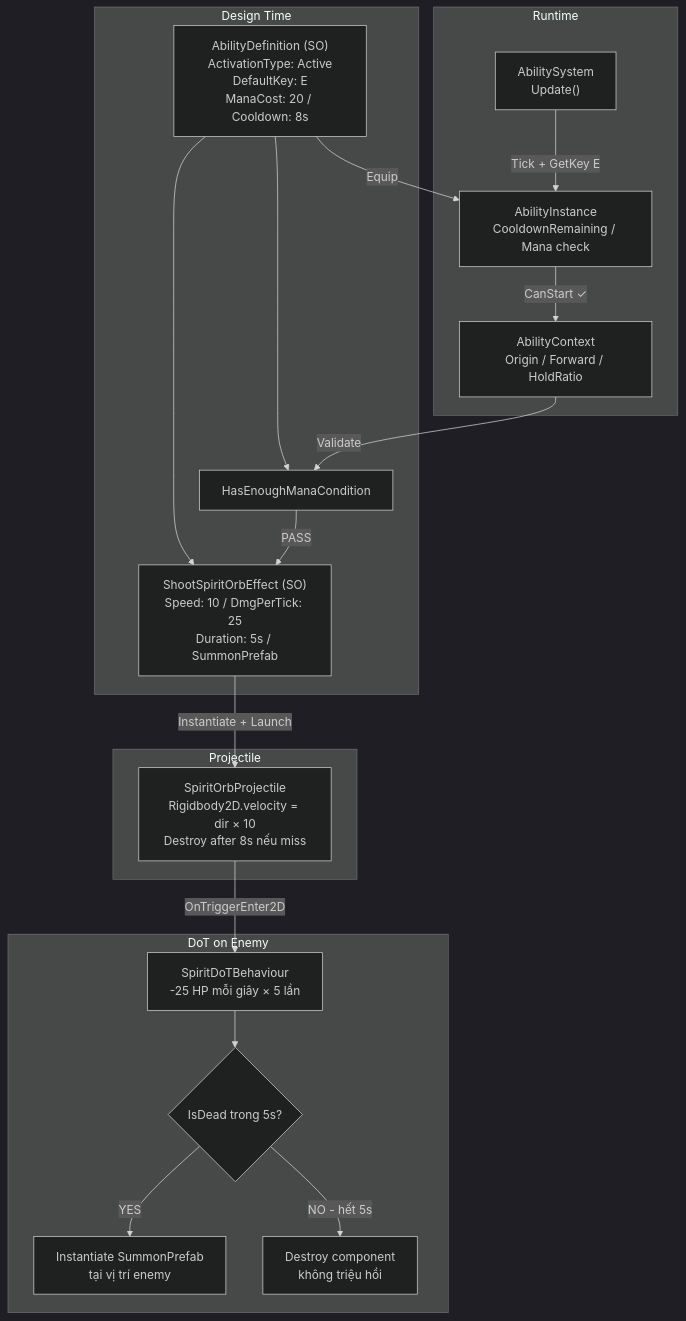
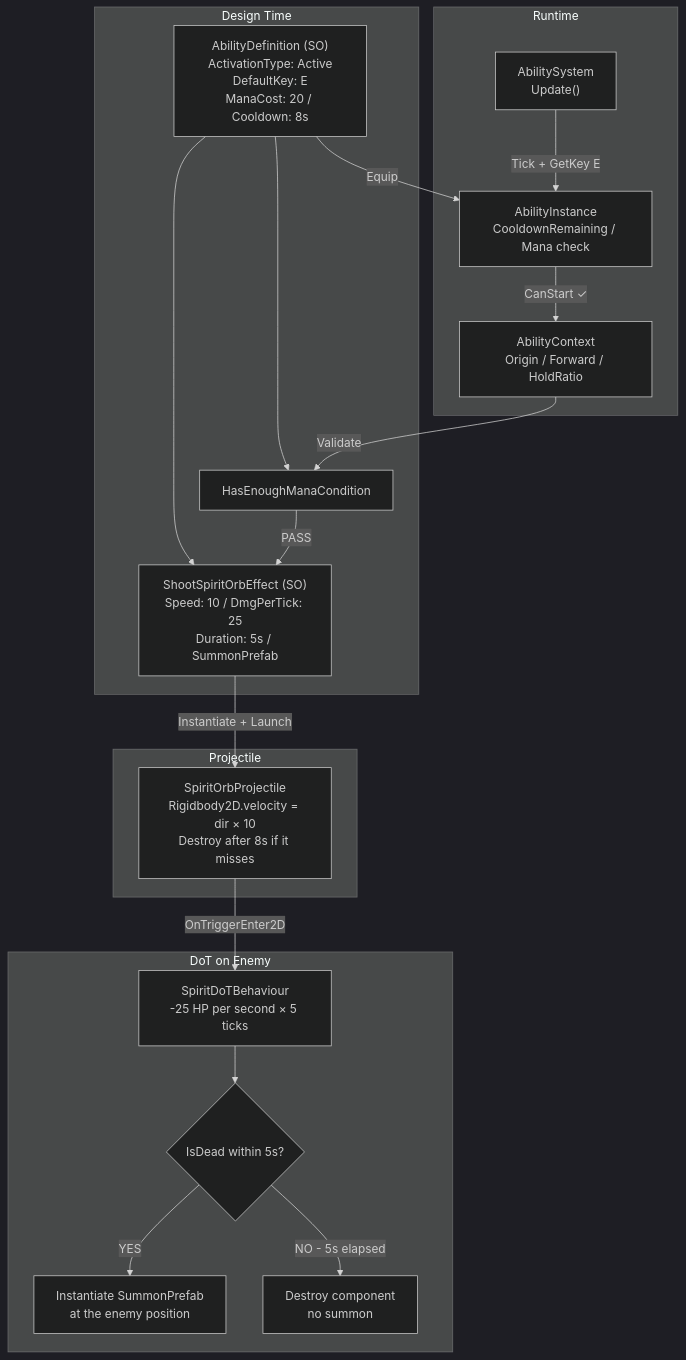
One commit to kay6198835/Game-RPG changed the first of 5 diagrams in docs/diagrams/ability-system-diagrams.md. Above: the diagram before and after it, drawn with Mermaid (dark theme). The commit also changed other lines of this file and 4 other files, not shown here.

````diff
--- a/docs/diagrams/ability-system-diagrams.md
+++ b/docs/diagrams/ability-system-diagrams.md
@@ -11,36 +33,36 @@
 ```mermaid
 flowchart TD
     subgraph DESIGN["Design Time"]
         SO["AbilityDefinition (SO)\nActivationType: Active\nDefaultKey: E\nManaCost: 20 / Cooldown: 8s"]
         EFF["ShootSpiritOrbEffect (SO)\nSpeed: 10 / DmgPerTick: 25\nDuration: 5s / SummonPrefab"]
         COND["HasEnoughManaCondition"]
         SO --> COND & EFF
     end
 
     subgraph RUNTIME["Runtime"]
         AS["AbilitySystem\nUpdate()"]
         AI["AbilityInstance\nCooldownRemaining / Mana check"]
         CTX["AbilityContext\nOrigin / Forward / HoldRatio"]
     end
 
     subgraph PROJECTILE["Projectile"]
-        ORB["SpiritOrbProjectile\nRigidbody2D.velocity = dir × 10\nDestroy after 8s nếu miss"]
+        ORB["SpiritOrbProjectile\nRigidbody2D.velocity = dir × 10\nDestroy after 8s if it misses"]
     end
 
     subgraph ENEMY_DOT["DoT on Enemy"]
-        DOT["SpiritDoTBehaviour\n-25 HP mỗi giây × 5 lần"]
-        CHECK{"IsDead trong 5s?"}
-        SUMMON["Instantiate SummonPrefab\ntại vị trí enemy"]
-        EXPIRE["Destroy component\nkhông triệu hồi"]
+        DOT["SpiritDoTBehaviour\n-25 HP per second × 5 ticks"]
+        CHECK{"IsDead within 5s?"}
+        SUMMON["Instantiate SummonPrefab\nat the enemy position"]
+        EXPIRE["Destroy component\nno summon"]
     end
 
     SO -->|Equip| AI
     AS -->|Tick + GetKey E| AI
     AI -->|CanStart ✓| CTX
     CTX -->|Validate| COND -->|PASS| EFF
     EFF -->|Instantiate + Launch| ORB
     ORB -->|OnTriggerEnter2D| DOT
     DOT --> CHECK
     CHECK -->|YES| SUMMON
-    CHECK -->|NO - hết 5s| EXPIRE
+    CHECK -->|NO - 5s elapsed| EXPIRE
 ```
````
